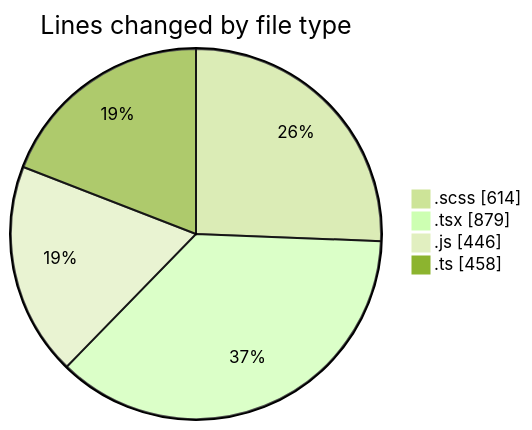
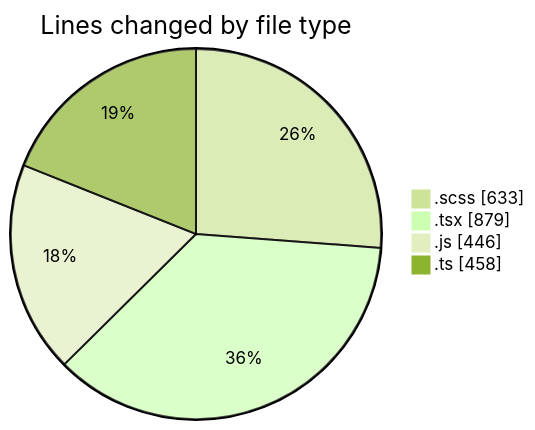
Before and after one commit to momahboobian/code-tracking: the first of 2 diagrams in 2025-03-14/cda/README.md, drawn with Mermaid (forest theme). The commit also changed other lines of this file and 1 other file, not shown here.

````diff
--- a/2025-03-14/cda/README.md
+++ b/2025-03-14/cda/README.md
@@ -34,8 +34,8 @@
 ```mermaid
 pie showData
 title Lines changed by file type
-".scss" : 614
+".scss" : 633
 ".tsx" : 879
 ".js" : 446
 ".ts" : 458
 ```
````
